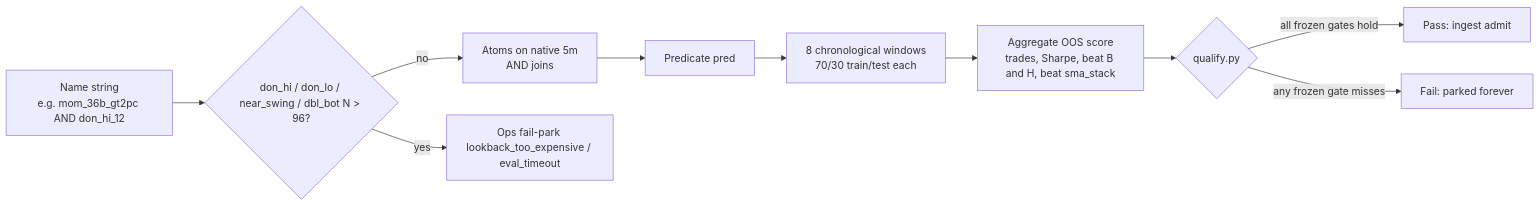
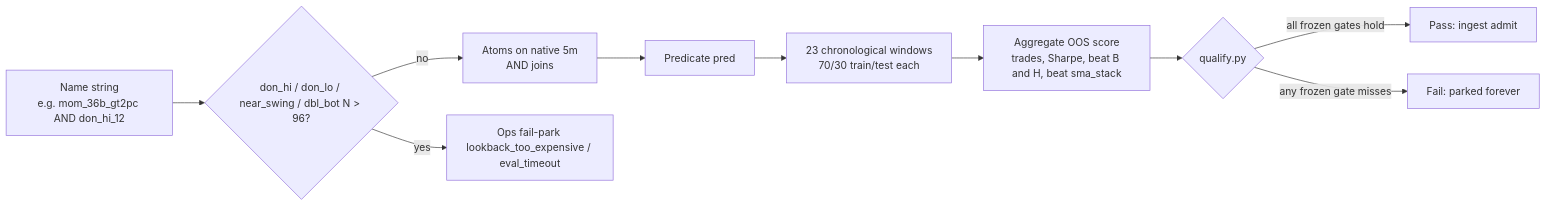
One commit to Runemark7/paper-trading-bot changed the second of 3 diagrams in docs/WORKFLOW.md. Above: the diagram before and after it, drawn with Mermaid. The commit also changed other lines of this file and 18 other files, not shown here.

````diff
--- a/docs/WORKFLOW.md
+++ b/docs/WORKFLOW.md
@@ -105,19 +106,19 @@
 ```mermaid
 flowchart LR
   name["Name string\ne.g. mom_36b_gt2pc AND don_hi_12"]
   cap{"don_hi / don_lo / near_swing / dbl_bot N > 96?"}
   atoms["Atoms on native 5m\nAND joins"]
   pred["Predicate pred"]
-  windows["8 chronological windows\n70/30 train/test each"]
+  windows["23 chronological windows\n70/30 train/test each"]
   score["Aggregate OOS score\ntrades, Sharpe, beat B and H, beat sma_stack"]
   decision{"qualify.py"}
   passNode["Pass: ingest admit"]
   failNode["Fail: parked forever"]
   opsPark["Ops fail-park lookback_too_expensive / eval_timeout"]
 
   name --> cap
   cap -->|yes| opsPark
   cap -->|no| atoms --> pred --> windows --> score --> decision
   decision -->|"all frozen gates hold"| passNode
   decision -->|"any frozen gate misses"| failNode
 ```
````
